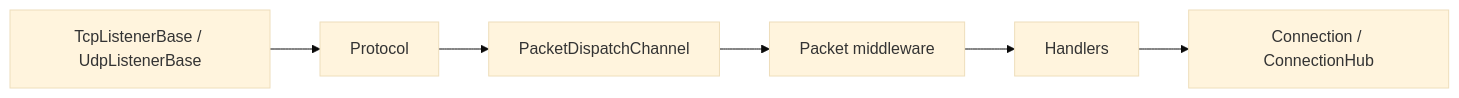
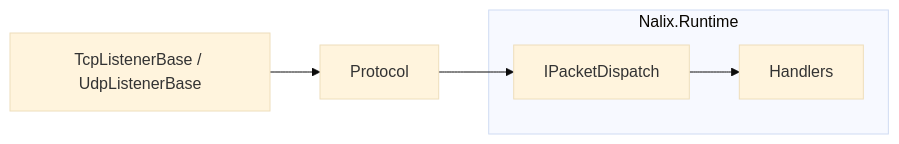
One commit to ppn-systems/Nalix changed the diagram in docs/packages/nalix-network.md. Above: the diagram before and after it, drawn with Mermaid (base theme). The commit also changed other lines of this file and 220 other files, not shown here.

````diff
--- a/docs/packages/nalix-network.md
+++ b/docs/packages/nalix-network.md
@@ -12,8 +10,8 @@
 ```mermaid
 flowchart LR
     A["TcpListenerBase / UdpListenerBase"] --> B["Protocol"]
-    B --> C["PacketDispatchChannel"]
-    C --> D["Packet middleware"]
-    D --> E["Handlers"]
-    E --> F["Connection / ConnectionHub"]
+    B --> C["IPacketDispatch"]
+    subgraph Nalix.Runtime
+        C --> D["Handlers"]
+    end
 ```
````
